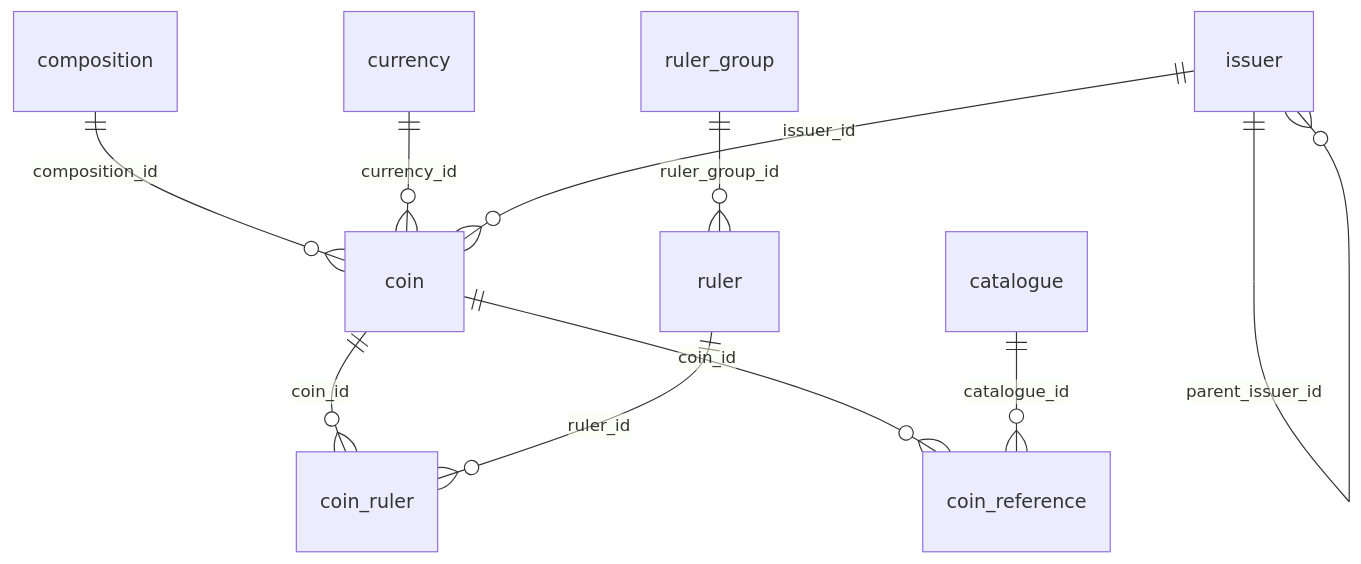
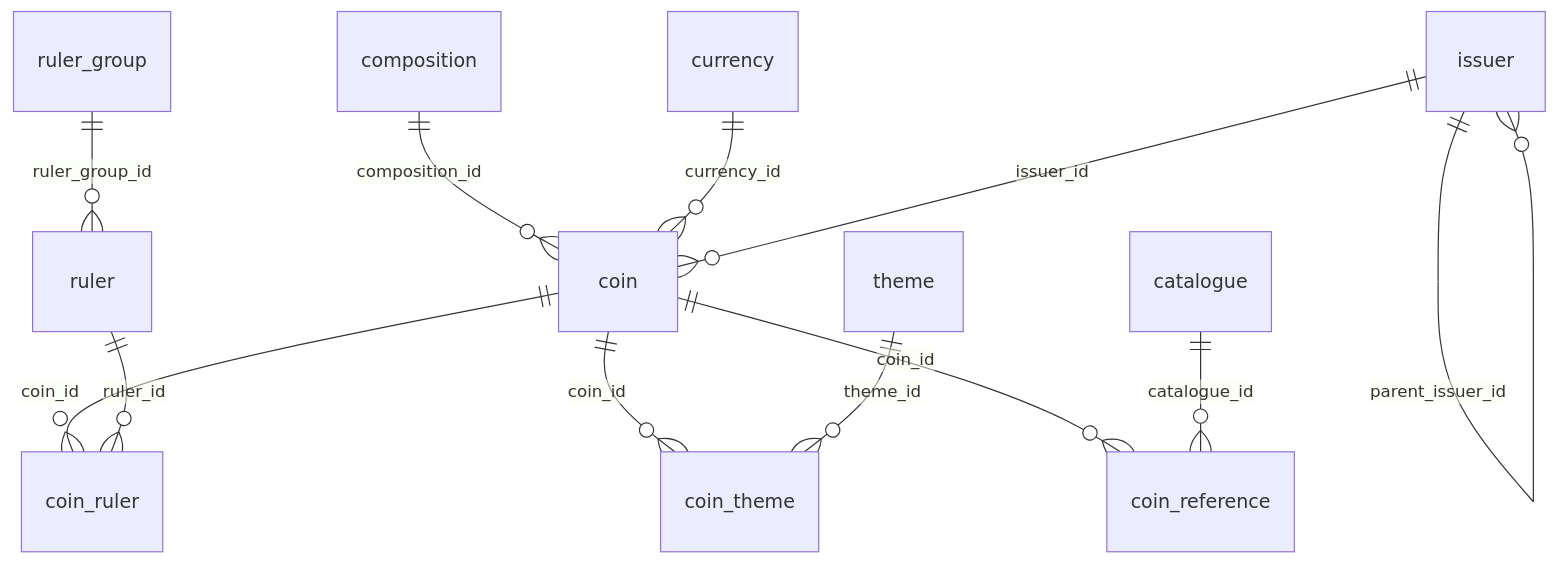
One commit to AgustinLarzabal/coin-archive changed the diagram in packages/db/README.md. Above: the diagram before and after it, drawn with Mermaid. The commit also changed other lines of this file and 21 other files, not shown here.

````diff
--- a/packages/db/README.md
+++ b/packages/db/README.md
@@ -54,12 +57,14 @@
 ```mermaid
 erDiagram
   composition ||--o{ coin : "composition_id"
   currency ||--o{ coin : "currency_id"
   issuer ||--o{ issuer : "parent_issuer_id"
   issuer ||--o{ coin : "issuer_id"
   coin ||--o{ coin_ruler : "coin_id"
   ruler ||--o{ coin_ruler : "ruler_id"
+  coin ||--o{ coin_theme : "coin_id"
+  theme ||--o{ coin_theme : "theme_id"
   ruler_group ||--o{ ruler : "ruler_group_id"
   coin ||--o{ coin_reference : "coin_id"
   catalogue ||--o{ coin_reference : "catalogue_id"
 ```
````
